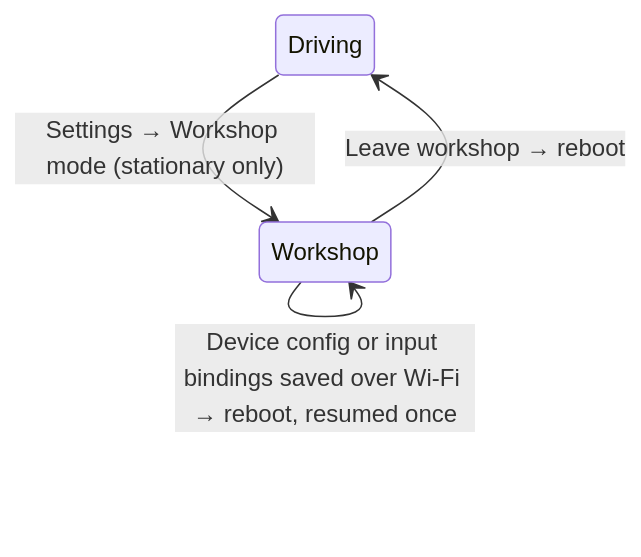
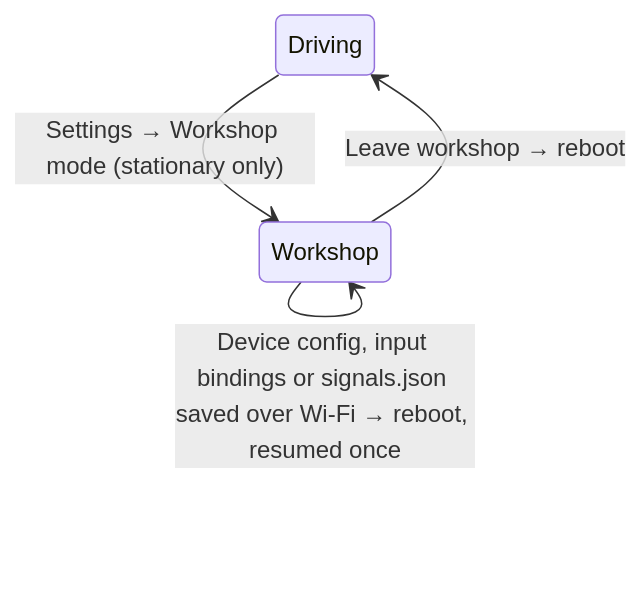
Before and after one commit to CANShift/canshift-firmware: the diagram in docs/architecture/workshop-mode.md, drawn with Mermaid. The commit also changed other lines of this file and 20 other files, not shown here.

Commit message:
feat(config): validate signals.json uploads and fall back to the backup at boot

````diff
--- a/docs/architecture/workshop-mode.md
+++ b/docs/architecture/workshop-mode.md
@@ -30,7 +30,7 @@
 ```mermaid
 stateDiagram-v2
     Driving --> Workshop: Settings → Workshop mode (stationary only)
     Workshop --> Driving: Leave workshop → reboot
     Workshop --> Workshop: Firmware update over Wi-Fi → reboot, resumed once
-    Workshop --> Workshop: Device config or input bindings saved over Wi-Fi → reboot, resumed once
+    Workshop --> Workshop: Device config, input bindings or signals.json saved over Wi-Fi → reboot, resumed once
 ```
````
